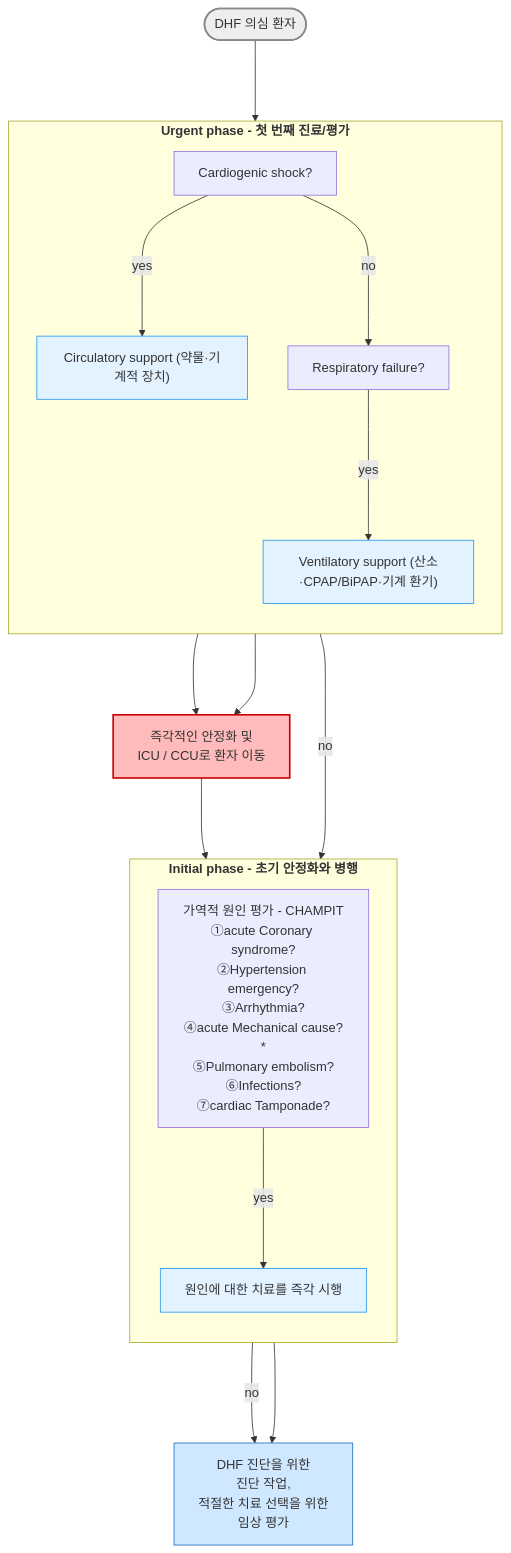
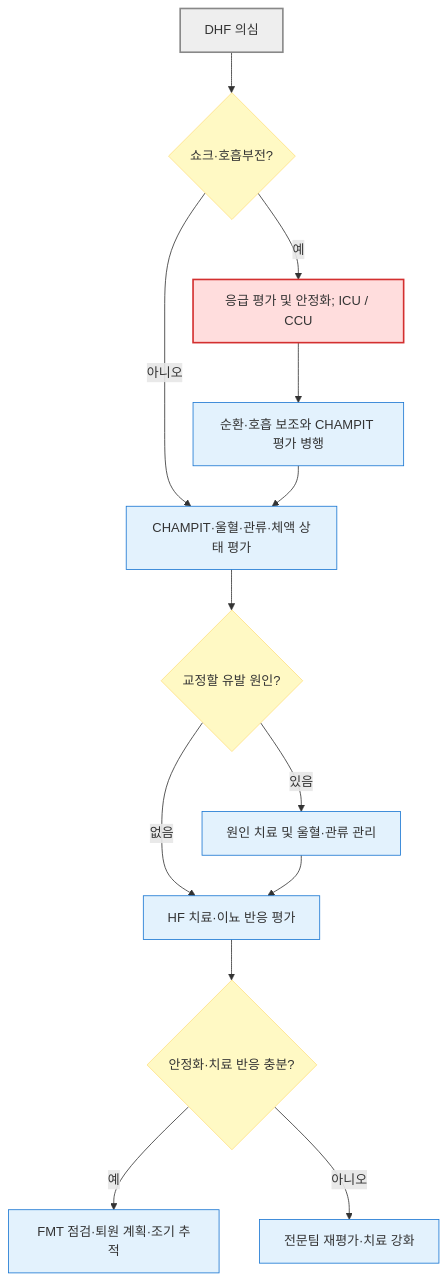
Before and after one commit to familyoh77/familyoh77: the second of 2 diagrams in 225_/098_-heart-failure.md, drawn with Mermaid. The commit also changed other lines of this file and 5 other files, not shown here.

````diff
--- a/225_/098_-heart-failure.md
+++ b/225_/098_-heart-failure.md
@@ -217,42 +199,22 @@
 ```mermaid
 flowchart TD
-    START(["DHF 의심 환자"])
-    style START fill:#eeeeee,stroke:#888888,stroke-width:2px
-
-    subgraph URGENT["<b>Urgent phase - 첫 번째 진료/평가</b>"]
-        direction TB
-        Q1["Cardiogenic shock?"]
-        Q2["Respiratory failure?"]
-        Q1S["Circulatory support (약물·기계적 장치)"]
-        Q2S["Ventilatory support (산소·CPAP/BiPAP·기계 환기)"]
-        classDef sky fill:#e3f2ff,stroke:#2196f3
-        class Q1S,Q2S sky
-
-    end
-
-    ICU["즉각적인 안정화 및\nICU / CCU로 환자 이동"]
-    style ICU fill:#fbb,stroke:#c00,stroke-width:2px
-
-    subgraph IMMEDIATE["<b>Initial phase - 초기 안정화와 병행</b>"]
-        direction TB
-        CAUSE["가역적 원인 평가 - CHAMPIT\n①acute Coronary syndrome?\n②Hypertension emergency?\n③Arrhythmia?\n④acute Mechanical cause?*\n⑤Pulmonary embolism?\n⑥Infections?\n⑦cardiac Tamponade?"]
-        TREAT["원인에 대한 치료를 즉각 시행"]
-        style TREAT fill:#e3f2ff,stroke:#2196f3
-    end
-
-    WORKUP["DHF 진단을 위한\n진단 작업,\n적절한 치료 선택을 위한\n임상 평가"]
-    style WORKUP fill:#d0e8ff,stroke:#1a6abf
-
-    START ---> Q1
-    Q1 --->|yes| Q1S
-    Q1 --->|no| Q2
-    Q2 --->|yes| Q2S
-    Q1S ---> ICU
-    Q2S ---> ICU
-    Q2 --->|no| IMMEDIATE
-    ICU ---> IMMEDIATE
-    CAUSE --->|yes| TREAT
-    CAUSE --->|no| WORKUP
-    TREAT ---> WORKUP
-
+    A["DHF 의심"] --> B{"쇼크·호흡부전?"}
+    B -->|"예"| U["응급 평가 및 안정화; ICU / CCU"]
+    U --> C["순환·호흡 보조와 CHAMPIT 평가 병행"]
+    B -->|"아니오"| D["CHAMPIT·울혈·관류·체액 상태 평가"]
+    C --> D
+    D --> E{"교정할 유발 원인?"}
+    E -->|"있음"| F["원인 치료 및 울혈·관류 관리"]
+    E -->|"없음"| G["HF 치료·이뇨 반응 평가"]
+    F --> G
+    G --> H{"안정화·치료 반응 충분?"}
+    H -->|"예"| I["FMT 점검·퇴원 계획·조기 추적"]
+    H -->|"아니오"| J["전문팀 재평가·치료 강화"]
+    classDef question fill:#fff9c4,stroke:#ffe082
+    classDef treatment fill:#e3f2fd,stroke:#1976d2
+    classDef emergency fill:#ffdddd,stroke:#d32f2f,stroke-width:2px
+    class B,E,H question
+    class C,D,F,G,I,J treatment
+    class U emergency
+    style A fill:#eeeeee,stroke:#888888,stroke-width:2px
 ```
````
